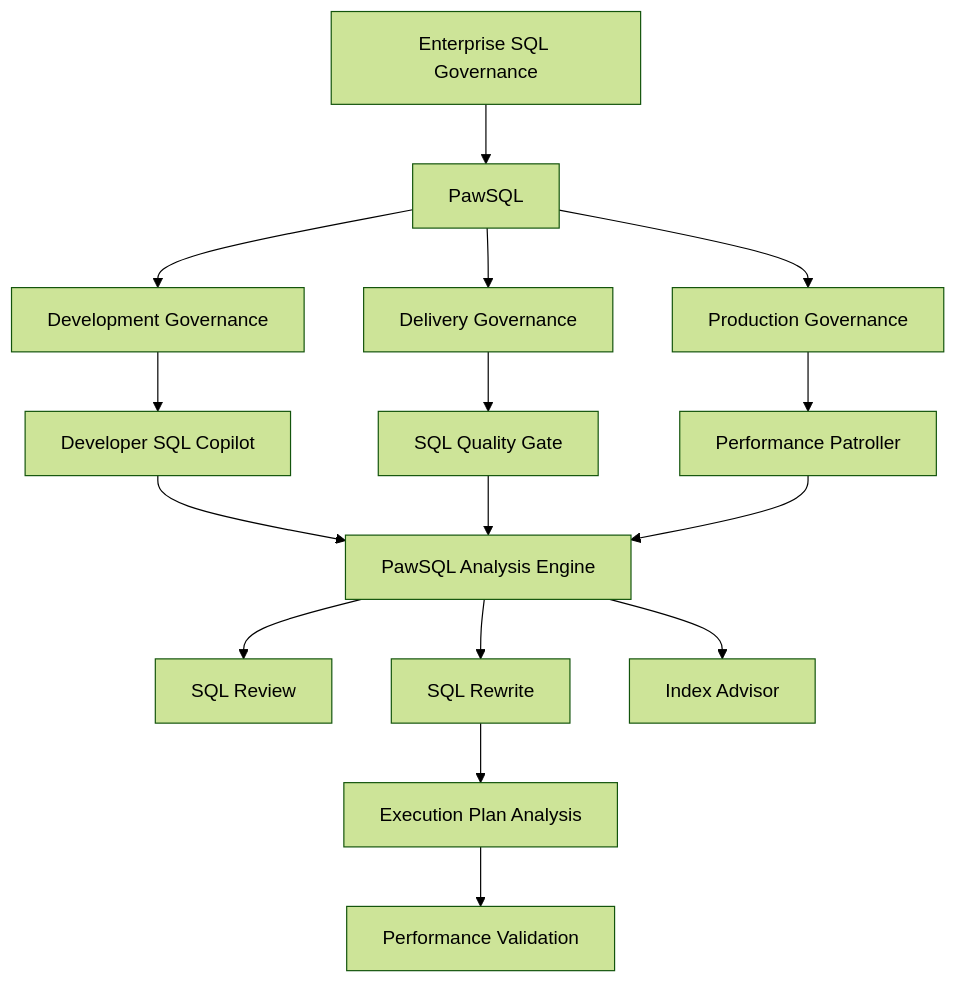
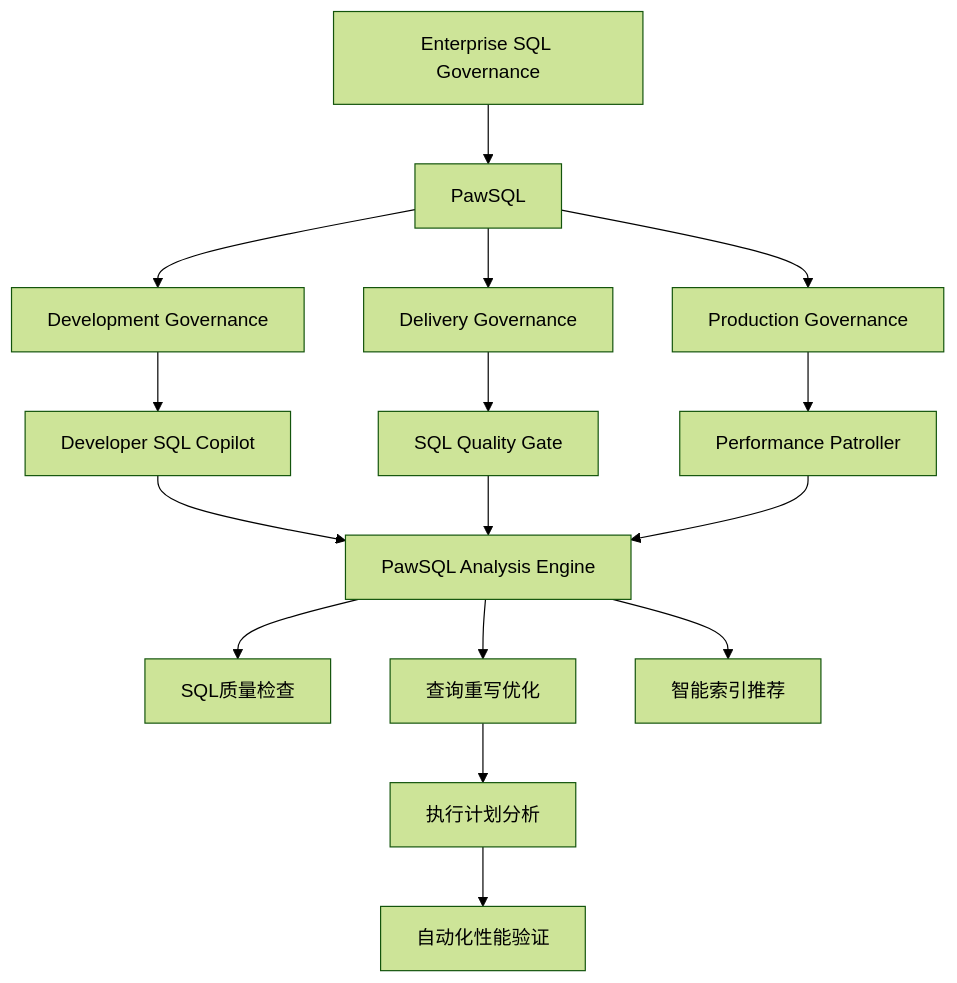
The fifth of 21 diagrams in docs/use-cases/enterprise-sql-governance.mdx (PawSQL/pawsql-docs-mantlify), drawn with Mermaid (forest theme) before and after one commit. The commit also changed other lines of this file and 143 other files, not shown here.

````diff
--- a/docs/use-cases/enterprise-sql-governance.mdx
+++ b/docs/use-cases/enterprise-sql-governance.mdx
@@ -258,18 +258,18 @@
 ```mermaid
 flowchart TD
     A["Enterprise SQL Governance"] --> B["PawSQL"]
     B --> C["Development Governance"]
     B --> D["Delivery Governance"]
     B --> E["Production Governance"]
     C --> F["Developer SQL Copilot"]
     D --> G["SQL Quality Gate"]
     E --> H["Performance Patroller"]
     F --> I["PawSQL Analysis Engine"]
     G --> I
     H --> I
-    I --> J["SQL Review"]
-    I --> K["SQL Rewrite"]
-    I --> L["Index Advisor"]
-    K --> M["Execution Plan Analysis"]
-    M --> N["Performance Validation"]
+    I --> J["SQL质量检查"]
+    I --> K["查询重写优化"]
+    I --> L["智能索引推荐"]
+    K --> M["执行计划分析"]
+    M --> N["自动化性能验证"]
 ```
````
